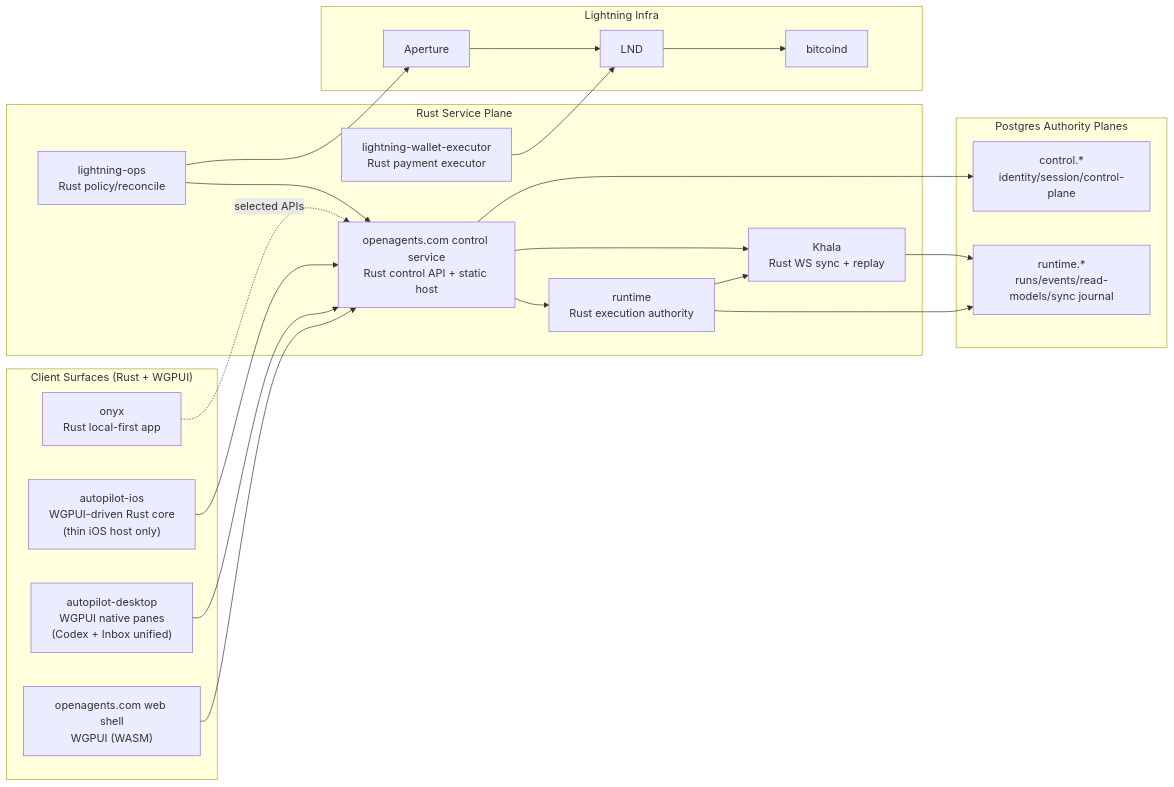
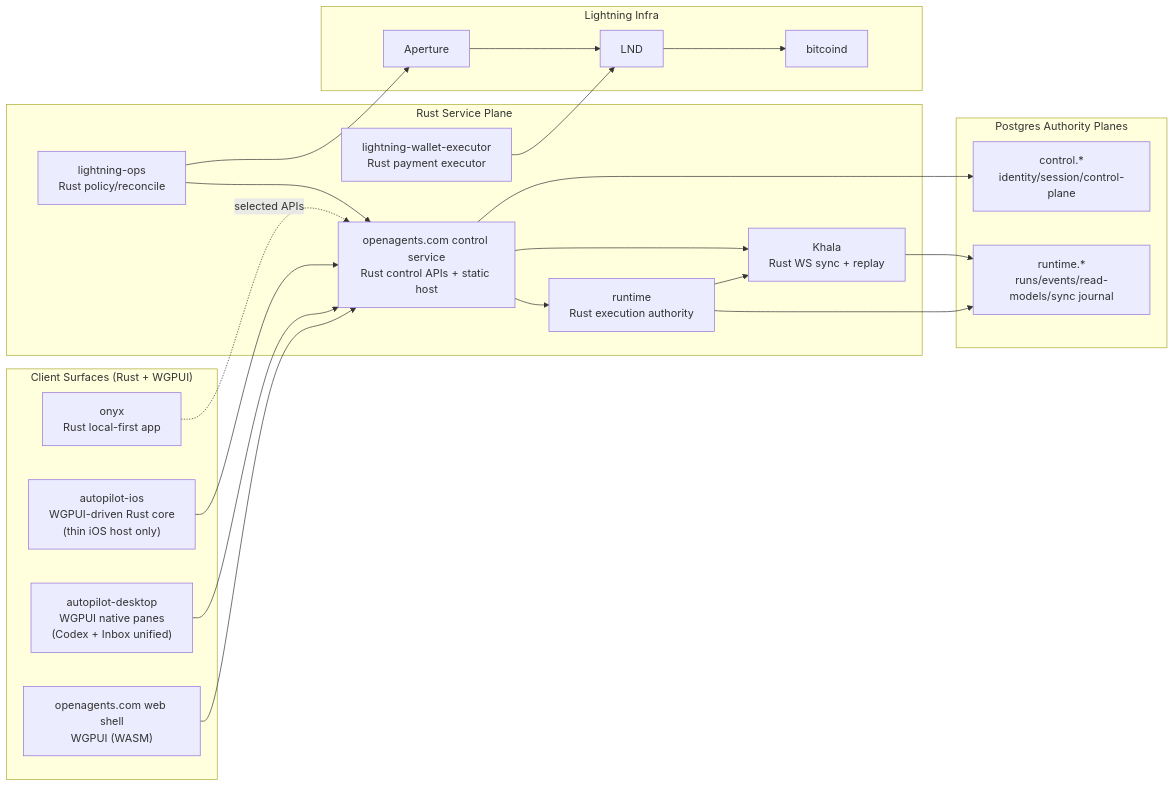
One commit to OpenAgentsInc/openagents changed the diagram in docs/ARCHITECTURE-RUST.md. Above: the diagram before and after it, drawn with Mermaid. The commit also changed other lines of this file and 1 other file, not shown here.

Commit message:
Align Rust architecture docs with control-service wording pass

````diff
--- a/docs/ARCHITECTURE-RUST.md
+++ b/docs/ARCHITECTURE-RUST.md
@@ -37,47 +37,47 @@
 ```mermaid
 flowchart LR
   subgraph surfaces["Client Surfaces (Rust + WGPUI)"]
     web["openagents.com web shell\nWGPUI (WASM)"]
     desktop["autopilot-desktop\nWGPUI native panes\n(Codex + Inbox unified)"]
     ios["autopilot-ios\nWGPUI-driven Rust core\n(thin iOS host only)"]
     onyx["onyx\nRust local-first app"]
   end
 
   subgraph core["Rust Service Plane"]
-    edge["openagents.com control service\nRust control API + static host"]
+    control["openagents.com control service\nRust control APIs + static host"]
     runtime["runtime\nRust execution authority"]
     khala["Khala\nRust WS sync + replay"]
     lops["lightning-ops\nRust policy/reconcile"]
     lwe["lightning-wallet-executor\nRust payment executor"]
   end
 
   subgraph data["Postgres Authority Planes"]
     controlDb["control.*\nidentity/session/control-plane"]
     runtimeDb["runtime.*\nruns/events/read-models/sync journal"]
   end
 
   subgraph lightning["Lightning Infra"]
     aperture["Aperture"]
     lnd["LND"]
     bitcoind["bitcoind"]
   end
 
-  web --> edge
-  desktop --> edge
-  ios --> edge
-  onyx -.->|selected APIs| edge
+  web --> control
+  desktop --> control
+  ios --> control
+  onyx -.->|selected APIs| control
 
-  edge --> runtime
+  control --> runtime
   runtime --> khala
-  edge --> khala
+  control --> khala
 
-  edge --> controlDb
+  control --> controlDb
   runtime --> runtimeDb
   khala --> runtimeDb
 
-  lops --> edge
+  lops --> control
   lops --> aperture
   lwe --> lnd
   aperture --> lnd
   lnd --> bitcoind
 ```
````
